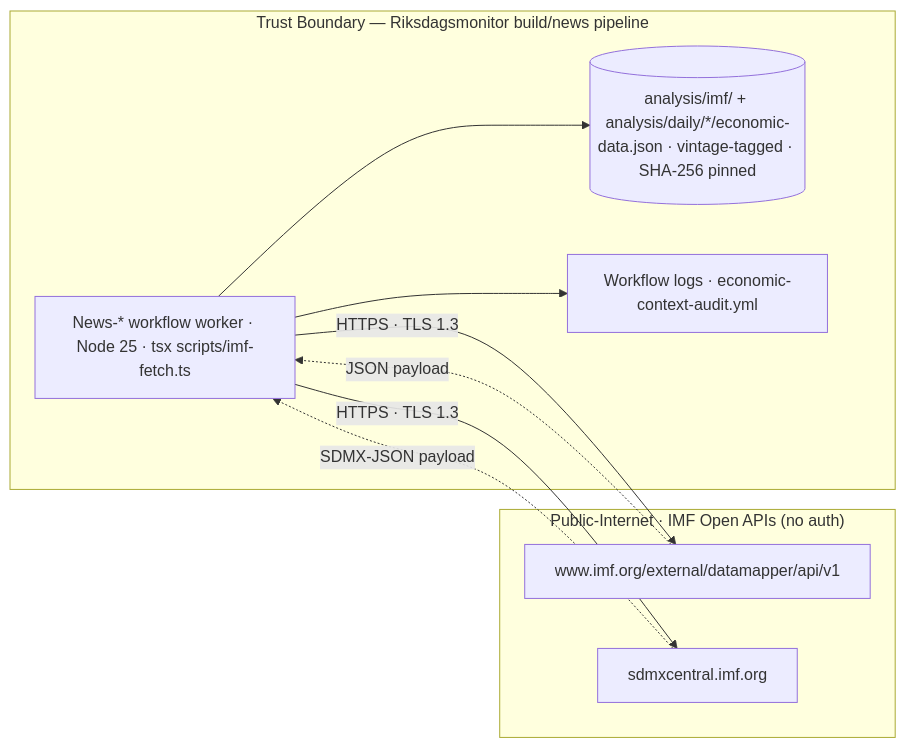
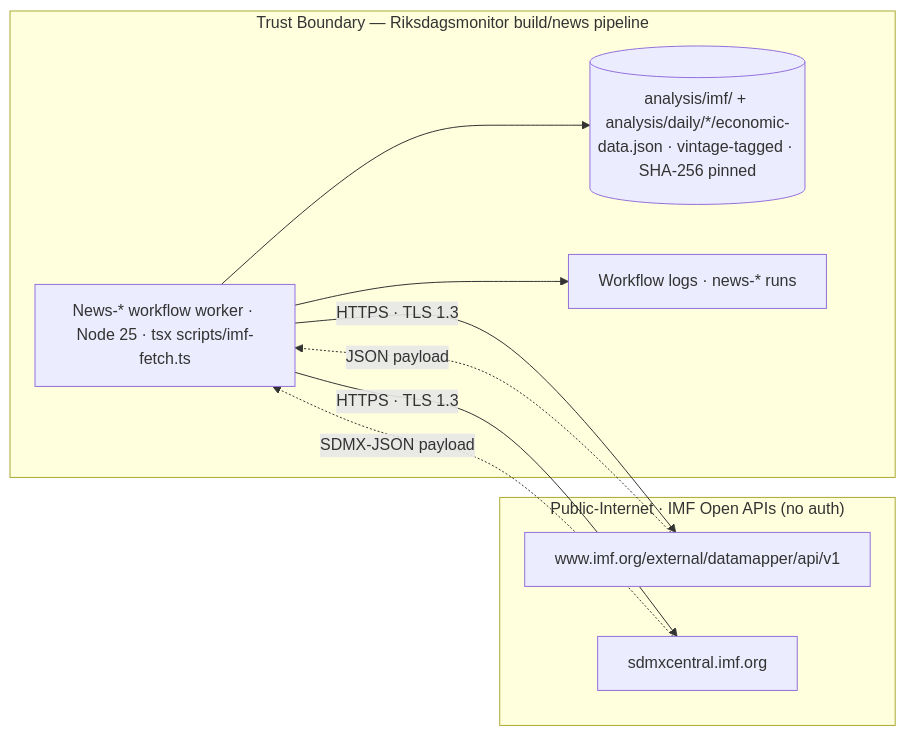
The ninth of 9 diagrams in SECURITY_ARCHITECTURE.md (Hack23/riksdagsmonitor), drawn with Mermaid before and after one commit. The commit also changed 8 other files, not shown here.

First line of the commit message:
Remove broken economic-context-audit workflow and references

````diff
--- a/SECURITY_ARCHITECTURE.md
+++ b/SECURITY_ARCHITECTURE.md
@@ -3044,18 +3044,18 @@
 ```mermaid
 flowchart LR
     subgraph Trusted["Trust Boundary — Riksdagsmonitor build/news pipeline"]
         Worker[News-* workflow worker · Node 25 · tsx scripts/imf-fetch.ts]
         Cache[(analysis/imf/ + analysis/daily/*/economic-data.json · vintage-tagged · SHA-256 pinned)]
-        Audit[Workflow logs · economic-context-audit.yml]
+        Audit[Workflow logs · news-* runs]
     end
     subgraph Public["Public-Internet · IMF Open APIs (no auth)"]
         Datamapper[www.imf.org/external/datamapper/api/v1]
         SDMX[sdmxcentral.imf.org]
     end
     Worker -- HTTPS · TLS 1.3 --> Datamapper
     Worker -- HTTPS · TLS 1.3 --> SDMX
     Datamapper -. JSON payload .-> Worker
     SDMX -. SDMX-JSON payload .-> Worker
     Worker --> Cache
     Worker --> Audit
 ```
````
